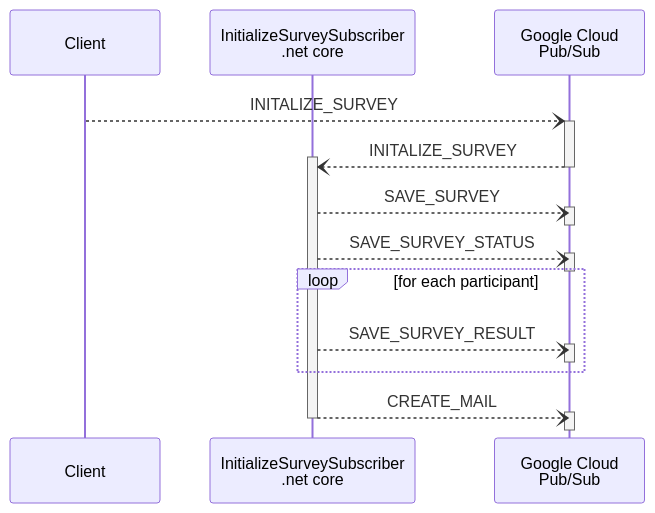
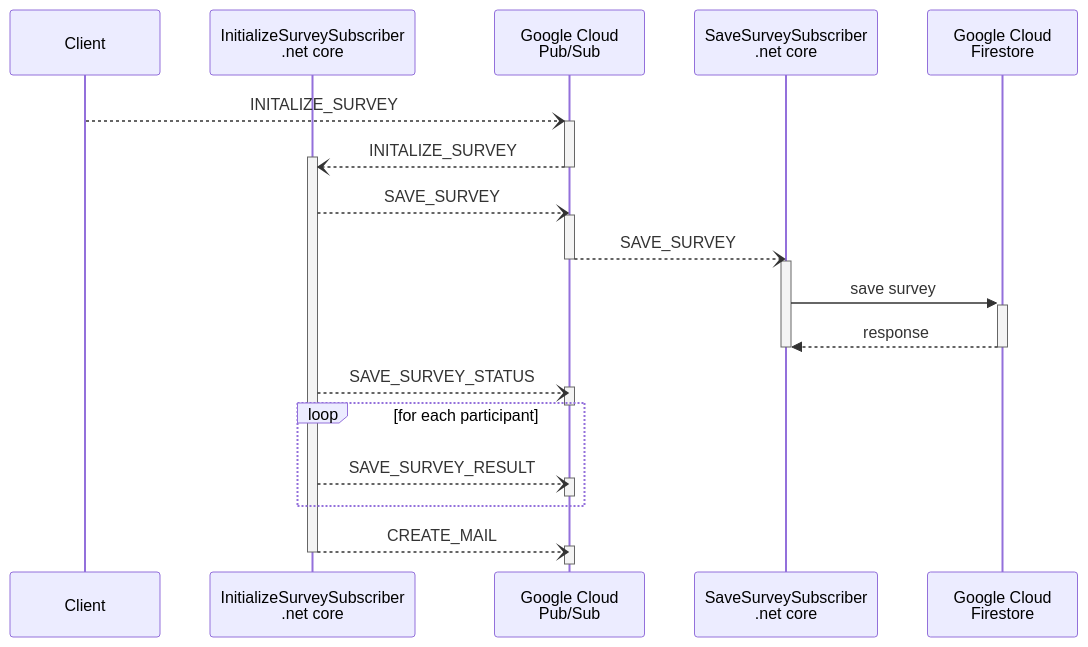
The diagram in doc/initialize-survey.mermaid (MichaelDiers/surveys), drawn with Mermaid before and after one commit. The commit also changed 1 other file, not shown here.

```diff
--- a/doc/initialize-survey.mermaid
+++ b/doc/initialize-survey.mermaid
@@ -1,22 +1,30 @@
 sequenceDiagram
     participant C as Client
     participant InitSurvey as InitializeSurveySubscriber<br>.net core
     participant PS as Google Cloud<br>Pub/Sub
+    participant SaveSurvey as SaveSurveySubscriber<br>.net core
+    participant F as Google Cloud<br>Firestore
     C--)+PS: INITALIZE_SURVEY
     PS--)+InitSurvey: INITALIZE_SURVEY
     deactivate PS
     InitSurvey--)PS: SAVE_SURVEY
     activate PS
+    PS--)SaveSurvey: SAVE_SURVEY
     deactivate PS
+    activate SaveSurvey
+    SaveSurvey->>+F: save survey
+    F-->>SaveSurvey: response
+    deactivate F
+    deactivate SaveSurvey
     InitSurvey--)PS: SAVE_SURVEY_STATUS
     activate PS
     deactivate PS
     loop for each participant
         InitSurvey--)PS: SAVE_SURVEY_RESULT
         activate PS
         deactivate PS
     end
     InitSurvey--)PS: CREATE_MAIL
     activate PS
     deactivate PS
     deactivate InitSurvey
```
